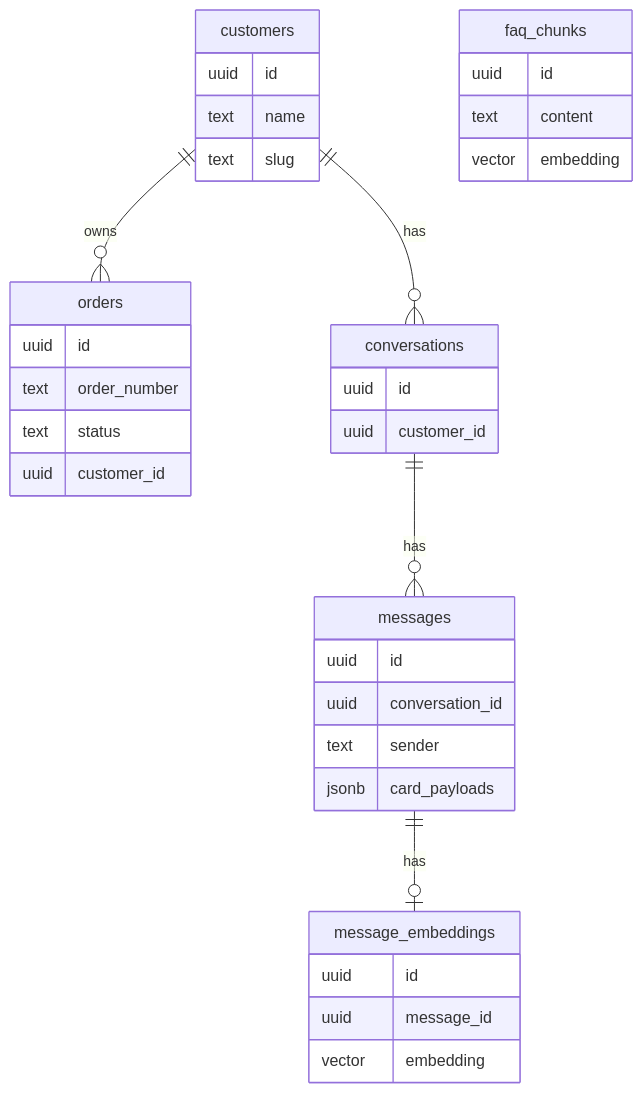
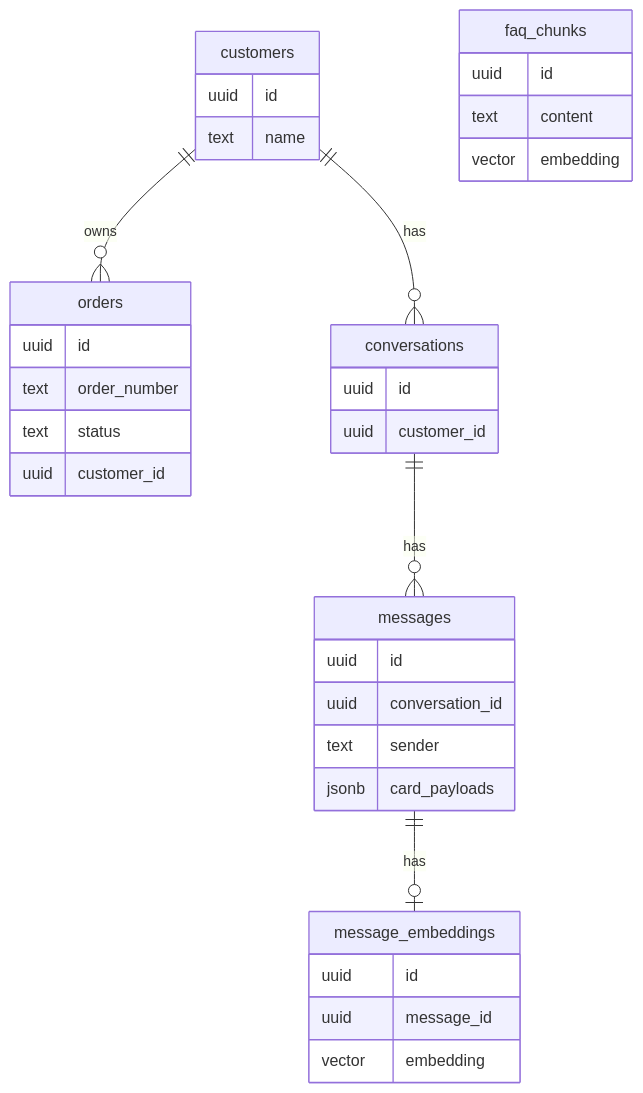
One commit to shivam-tamboli/marqet-ai-chat changed the second of 4 diagrams in ARCHITECTURE.md. Above: the diagram before and after it, drawn with Mermaid. The commit also changed other lines of this file and 11 other files, not shown here.

````diff
--- a/ARCHITECTURE.md
+++ b/ARCHITECTURE.md
@@ -120,39 +120,38 @@
 ```mermaid
 erDiagram
     customers ||--o{ orders : owns
     customers ||--o{ conversations : has
     conversations ||--o{ messages : has
     messages ||--o| message_embeddings : has
 
     customers {
         uuid id
         text name
-        text slug
     }
     conversations {
         uuid id
         uuid customer_id
     }
     messages {
         uuid id
         uuid conversation_id
         text sender
         jsonb card_payloads
     }
     message_embeddings {
         uuid id
         uuid message_id
         vector embedding
     }
     orders {
         uuid id
         text order_number
         text status
         uuid customer_id
     }
     faq_chunks {
         uuid id
         text content
         vector embedding
     }
 ```
````
